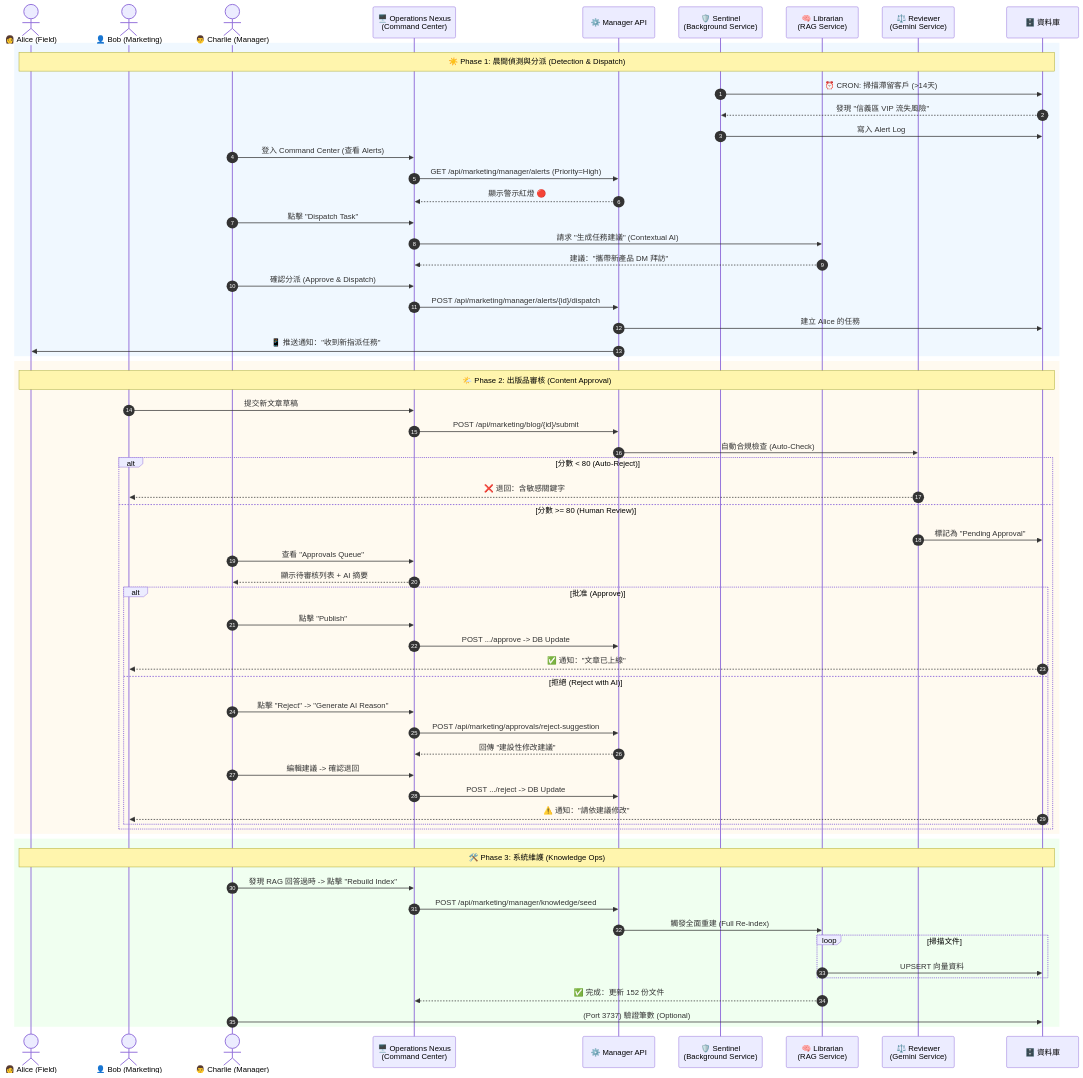
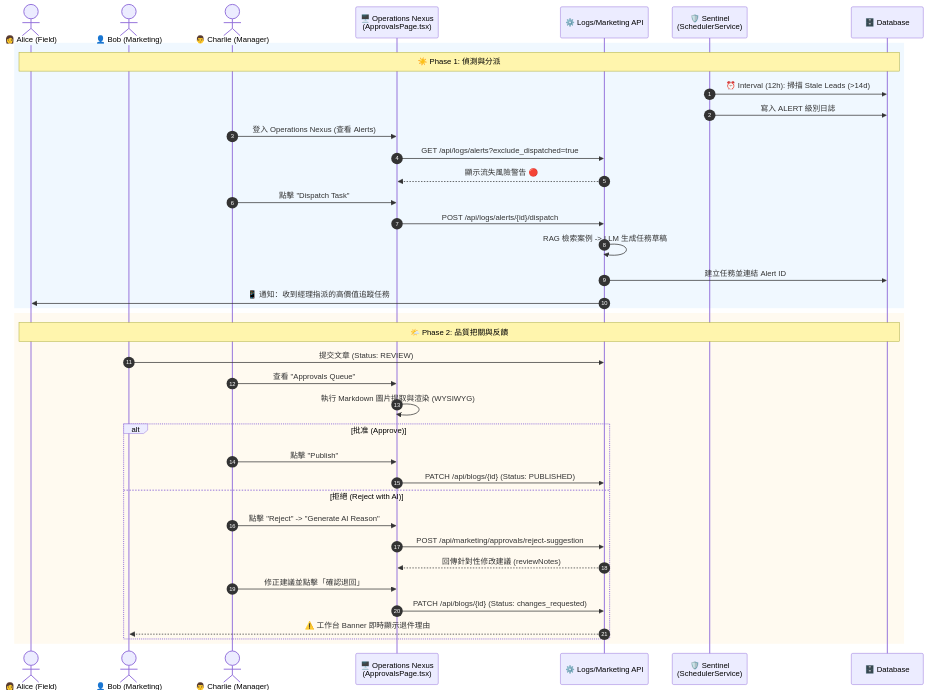
The diagram in PRPs/Phase_4.6.3_Charlie_Persona_Workflows.md (info-vin/Archon), drawn with Mermaid before and after one commit. The commit also changed other lines of this file and 3 other files, not shown here.

````diff
--- a/PRPs/Phase_4.6.3_Charlie_Persona_Workflows.md
+++ b/PRPs/Phase_4.6.3_Charlie_Persona_Workflows.md
@@ -43,86 +31,51 @@
     actor Alice as 👩 Alice (Field)
     actor Bob as 👤 Bob (Marketing)
     actor Charlie as 👨 Charlie (Manager)
-    participant UI as 🖥️ Operations Nexus<br>(Command Center)
-    participant API as ⚙️ Manager API
-    participant Sentinel as 🛡️ Sentinel<br>(Background Service)
-    participant Librarian as 🧠 Librarian<br>(RAG Service)
-    participant Reviewer as ⚖️ Reviewer<br>(Gemini Service)
-    participant DB as 🗄️ 資料庫
+    participant UI as 🖥️ Operations Nexus<br>(ApprovalsPage.tsx)
+    participant API as ⚙️ Logs/Marketing API
+    participant Sentinel as 🛡️ Sentinel<br>(SchedulerService)
+    participant DB as 🗄️ Database
 
     %% ==========================================
-    %% 晨間例行 (Morning Routine): 異常偵測與分派
+    %% 異常偵測與分派 (Detection & Dispatch)
     %% ==========================================
     rect rgb(240, 248, 255)
-    Note over Alice, DB: ☀️ Phase 1: 晨間偵測與分派 (Detection & Dispatch)
+    Note over Alice, DB: ☀️ Phase 1: 偵測與分派
     
-    %% 背景掃描
-    Sentinel->>DB: ⏰ CRON: 掃描滯留客戶 (>14天)
-    DB-->>Sentinel: 發現 "信義區 VIP 流失風險"
-    Sentinel->>DB: 寫入 Alert Log
+    Sentinel->>DB: ⏰ Interval (12h): 掃描 Stale Leads (>14d)
+    Sentinel->>DB: 寫入 ALERT 級別日誌
     
-    %% 經理介入
-    Charlie->>UI: 登入 Command Center (查看 Alerts)
-    UI->>API: GET /api/marketing/manager/alerts (Priority=High)
-    API-->>UI: 顯示警示紅燈 🔴
+    Charlie->>UI: 登入 Operations Nexus (查看 Alerts)
+    UI->>API: GET /api/logs/alerts?exclude_dispatched=true
+    API-->>UI: 顯示流失風險警告 🔴
     
     Charlie->>UI: 點擊 "Dispatch Task"
-    UI->>Librarian: 請求 "生成任務建議" (Contextual AI)
-    Librarian-->>UI: 建議："攜帶新產品 DM 拜訪"
-    
-    Charlie->>UI: 確認分派 (Approve & Dispatch)
-    UI->>API: POST /api/marketing/manager/alerts/{id}/dispatch
-    API->>DB: 建立 Alice 的任務
-    API->>Alice: 📱 推送通知："收到新指派任務"
+    UI->>API: POST /api/logs/alerts/{id}/dispatch
+    API->>API: RAG 檢索案例 -> LLM 生成任務草稿
+    API->>DB: 建立任務並連結 Alert ID
+    API->>Alice: 📱 通知：收到經理指派的高價值追蹤任務
     end
     
     %% ==========================================
-    %% 下午例行 (Afternoon Routine): 內容把關
+    %% 出版品審核 (Content Approval)
     %% ==========================================
     rect rgb(255, 250, 240)
-    Note over Alice, DB: 🌤️ Phase 2: 出版品審核 (Content Approval)
+    Note over Alice, DB: 🌤️ Phase 2: 品質把關與反饋
     
-    Bob->>UI: 提交新文章草稿
-    UI->>API: POST /api/marketing/blog/{id}/submit
-    API->>Reviewer: 自動合規檢查 (Auto-Check)
+    Bob->>API: 提交文章 (Status: REVIEW)
+    Charlie->>UI: 查看 "Approvals Queue"
+    UI->>UI: 執行 Markdown 圖片提取與渲染 (WYSIWYG)
     
-    alt 分數 < 80 (Auto-Reject)
-        Reviewer-->>Bob: ❌ 退回：含敏感關鍵字
-    else 分數 >= 80 (Human Review)
-        Reviewer->>DB: 標記為 "Pending Approval"
-        Charlie->>UI: 查看 "Approvals Queue"
-        UI-->>Charlie: 顯示待審核列表 + AI 摘要
-        
-        alt 批准 (Approve)
-            Charlie->>UI: 點擊 "Publish"
-            UI->>API: POST .../approve -> DB Update
-            DB-->>Bob: ✅ 通知："文章已上線"
-        else 拒絕 (Reject with AI)
-            Charlie->>UI: 點擊 "Reject" -> "Generate AI Reason"
-            UI->>API: POST /api/marketing/approvals/reject-suggestion
-            API-->>UI: 回傳 "建設性修改建議"
-            Charlie->>UI: 編輯建議 -> 確認退回
-            UI->>API: POST .../reject -> DB Update
-            DB-->>Bob: ⚠️ 通知："請依建議修改"
-        end
+    alt 批准 (Approve)
+        Charlie->>UI: 點擊 "Publish"
+        UI->>API: PATCH /api/blogs/{id} (Status: PUBLISHED)
+    else 拒絕 (Reject with AI)
+        Charlie->>UI: 點擊 "Reject" -> "Generate AI Reason"
+        UI->>API: POST /api/marketing/approvals/reject-suggestion
+        API-->>UI: 回傳針對性修改建議 (reviewNotes)
+        Charlie->>UI: 修正建議並點擊「確認退回」
+        UI->>API: PATCH /api/blogs/{id} (Status: changes_requested)
+        API-->>Bob: ⚠️ 工作台 Banner 即時顯示退件理由
     end
     end
-
-    %% ==========================================
-    %% 系統維護 (System Ops): 知識庫重置
-    %% ==========================================
-    rect rgb(240, 255, 240)
-    Note over Alice, DB: 🛠️ Phase 3: 系統維護 (Knowledge Ops)
-    
-    Charlie->>UI: 發現 RAG 回答過時 -> 點擊 "Rebuild Index"
-    UI->>API: POST /api/marketing/manager/knowledge/seed
-    API->>Librarian: 觸發全面重建 (Full Re-index)
-    loop 掃描文件
-        Librarian->>DB: UPSERT 向量資料
-    end
-    Librarian-->>UI: ✅ 完成：更新 152 份文件
-    
-    %% 驗證
-    Charlie->>DB: (Port 3737) 驗證筆數 (Optional)
-    end
 ```
````
